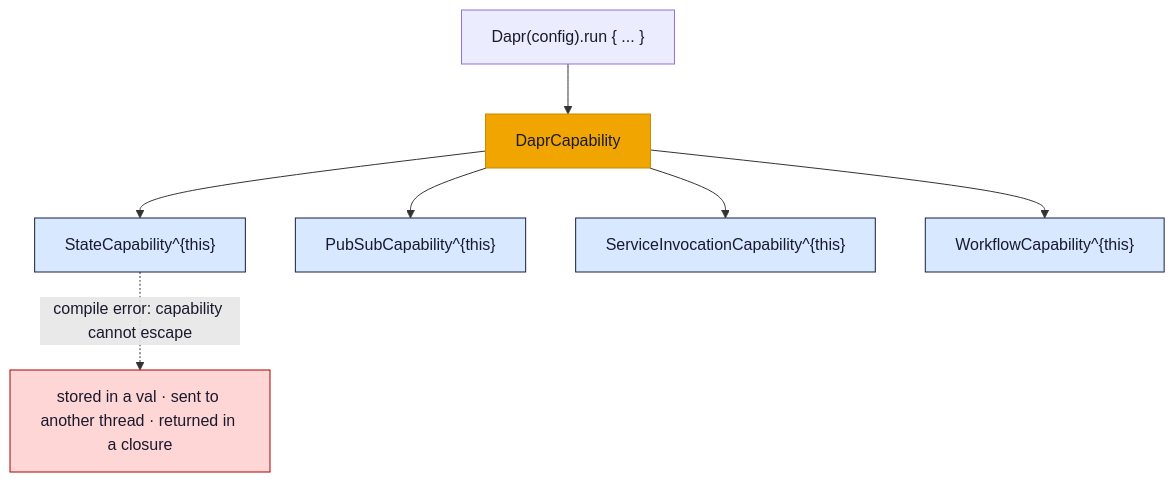
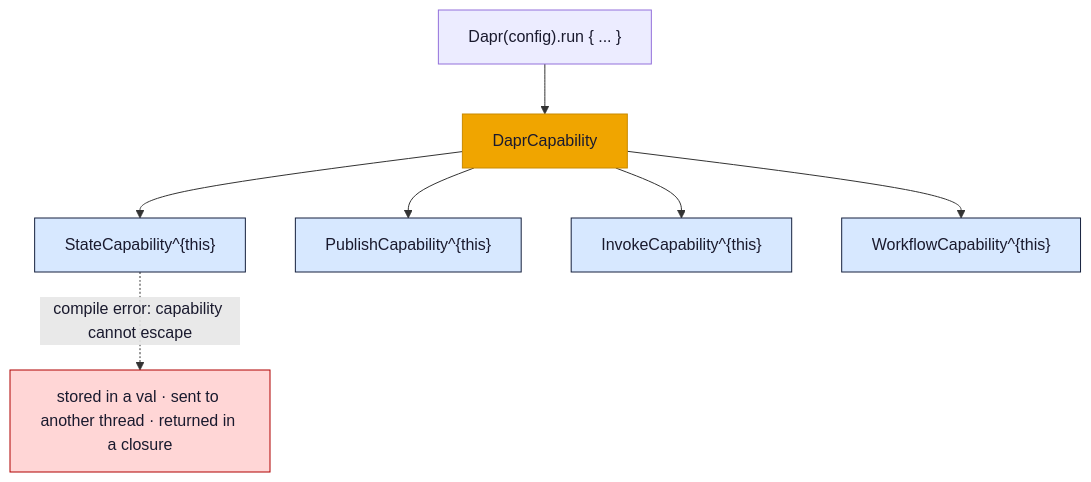
One commit to sideeffffect/dapr4s-examples changed the fourth of 14 diagrams in SLIDES.md. Above: the diagram before and after it, drawn with Mermaid. The commit also changed other lines of this file and 19 other files, not shown here.

````diff
--- a/SLIDES.md
+++ b/SLIDES.md
@@ -499,14 +499,14 @@
 ```mermaid
 flowchart TD
   Run["Dapr(config).run { ... }"] --> Root["DaprCapability"]
   Root --> S["StateCapability^{this}"]
-  Root --> P["PubSubCapability^{this}"]
-  Root --> I["ServiceInvocationCapability^{this}"]
+  Root --> P["PublishCapability^{this}"]
+  Root --> I["InvokeCapability^{this}"]
   Root --> W["WorkflowCapability^{this}"]
   Escape["stored in a val · sent to another thread · returned in a closure"]
   S -. "compile error: capability cannot escape" .-> Escape
   classDef root fill:#f0a500,stroke:#c98a00,color:#1a1a2e;
   classDef cap fill:#d7e8ff,stroke:#16213e,color:#1a1a2e;
   classDef bad fill:#ffd6d6,stroke:#b00000,color:#1a1a2e;
   class Root root; class S,P,I,W cap; class Escape bad;
 ```
````
